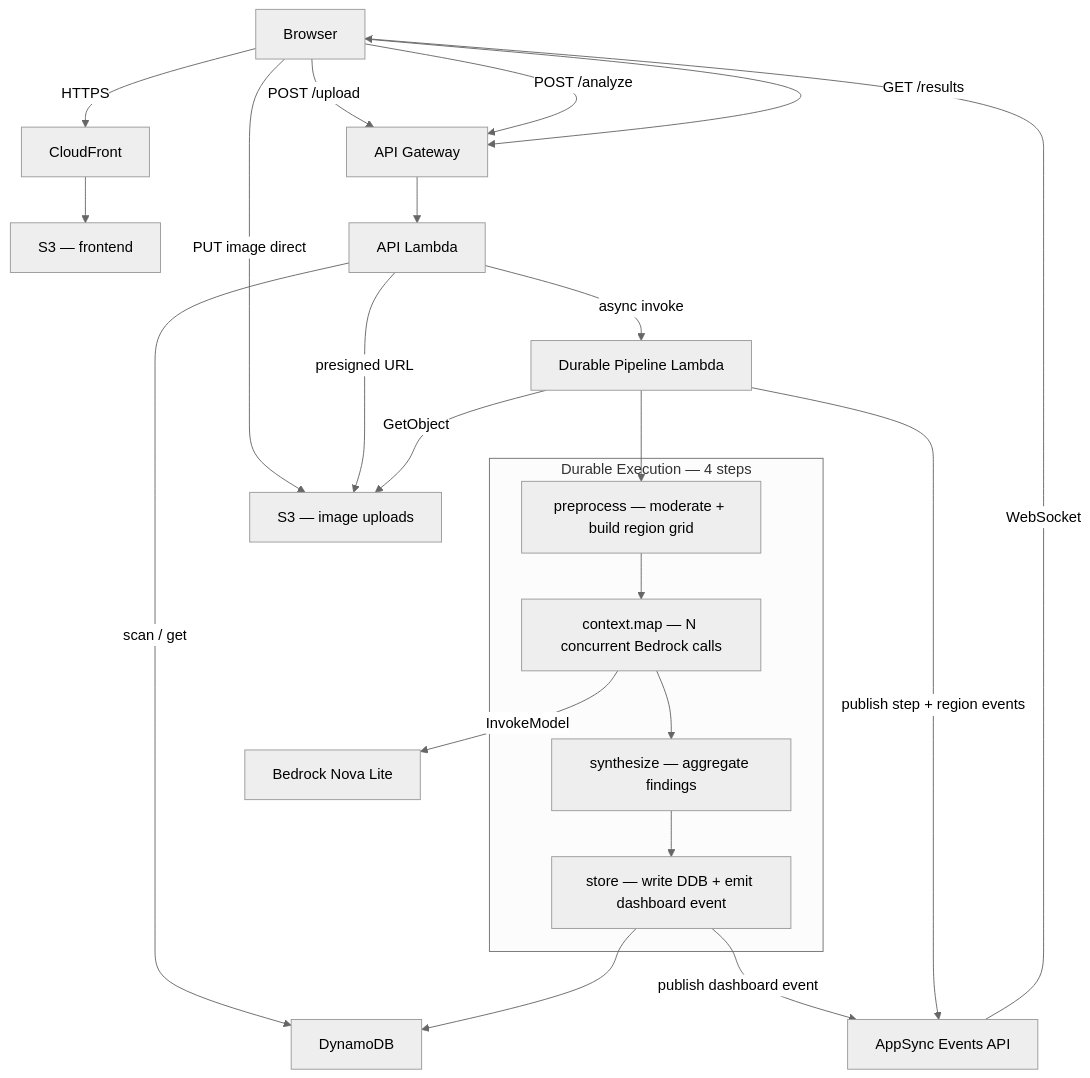
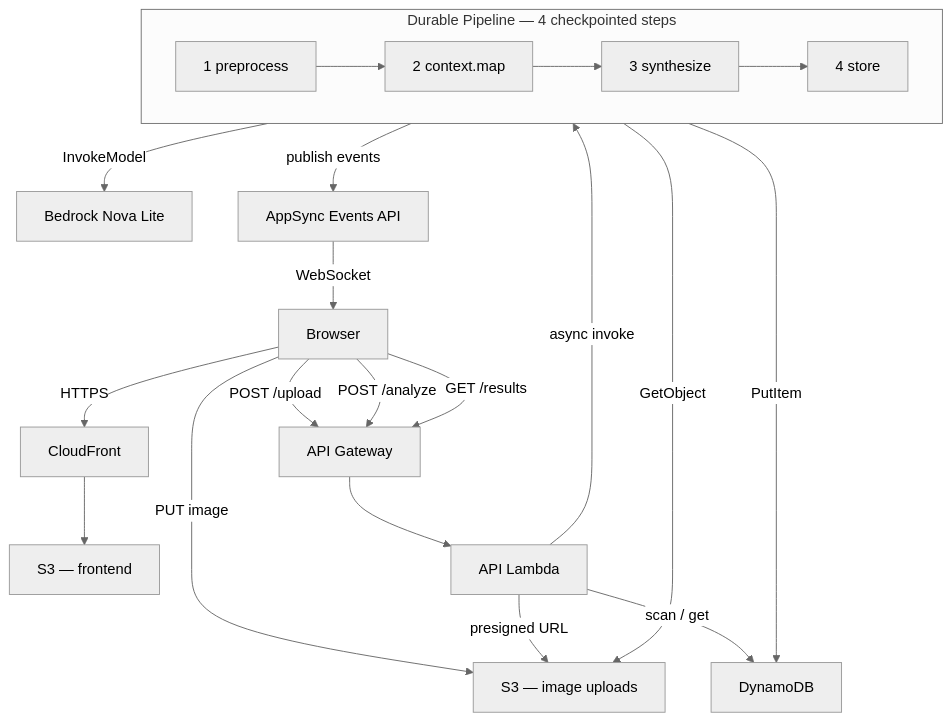
One commit to singledigit/image-analysis-orchestration changed the diagram in README.md. Above: the diagram before and after it, drawn with Mermaid (neutral theme).

Commit message:
Fix Mermaid architecture diagram — avoid cross-subgraph edges

````diff
--- a/README.md
+++ b/README.md
@@ -11,43 +11,36 @@
 ```mermaid
 graph TD
     Browser["Browser"]
     CF["CloudFront"]
     S3F["S3 — frontend"]
     APIGW["API Gateway"]
     ApiLambda["API Lambda"]
     S3I["S3 — image uploads"]
-    Pipeline["Durable Pipeline Lambda"]
     Bedrock["Bedrock Nova Lite"]
     DDB["DynamoDB"]
     AppSync["AppSync Events API"]
 
+    subgraph Durable ["Durable Pipeline — 4 checkpointed steps"]
+        Step1["1 preprocess"]
+        Step2["2 context.map"]
+        Step3["3 synthesize"]
+        Step4["4 store"]
+        Step1 --> Step2 --> Step3 --> Step4
+    end
+
     Browser -->|HTTPS| CF
     CF --> S3F
-
     Browser -->|POST /upload| APIGW
-    Browser -->|PUT image direct| S3I
+    Browser -->|PUT image| S3I
     Browser -->|POST /analyze| APIGW
     Browser -->|GET /results| APIGW
     APIGW --> ApiLambda
     ApiLambda -->|presigned URL| S3I
-    ApiLambda -->|async invoke| Pipeline
+    ApiLambda -->|async invoke| Durable
     ApiLambda -->|scan / get| DDB
-
-    Pipeline -->|GetObject| S3I
-
-    subgraph Durable ["Durable Execution — 4 steps"]
-        Step1["preprocess — moderate + build region grid"]
-        Step2["context.map — N concurrent Bedrock calls"]
-        Step3["synthesize — aggregate findings"]
-        Step4["store — write DDB + emit dashboard event"]
-        Step1 --> Step2 --> Step3 --> Step4
-    end
-
-    Pipeline --> Step1
-    Step2 -->|InvokeModel| Bedrock
-    Step4 --> DDB
-    Step4 -->|publish dashboard event| AppSync
-    Pipeline -->|publish step + region events| AppSync
-
+    Durable -->|GetObject| S3I
+    Durable -->|InvokeModel| Bedrock
+    Durable -->|PutItem| DDB
+    Durable -->|publish events| AppSync
     AppSync -->|WebSocket| Browser
 ```
````
